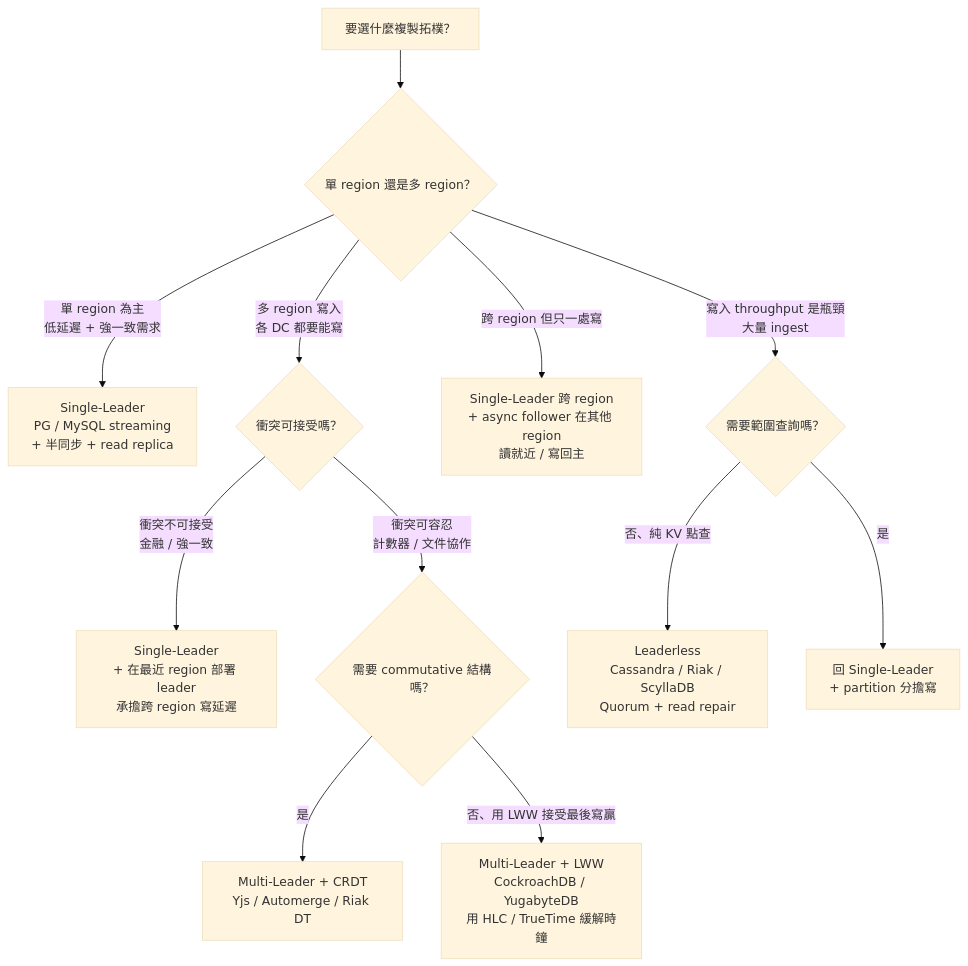
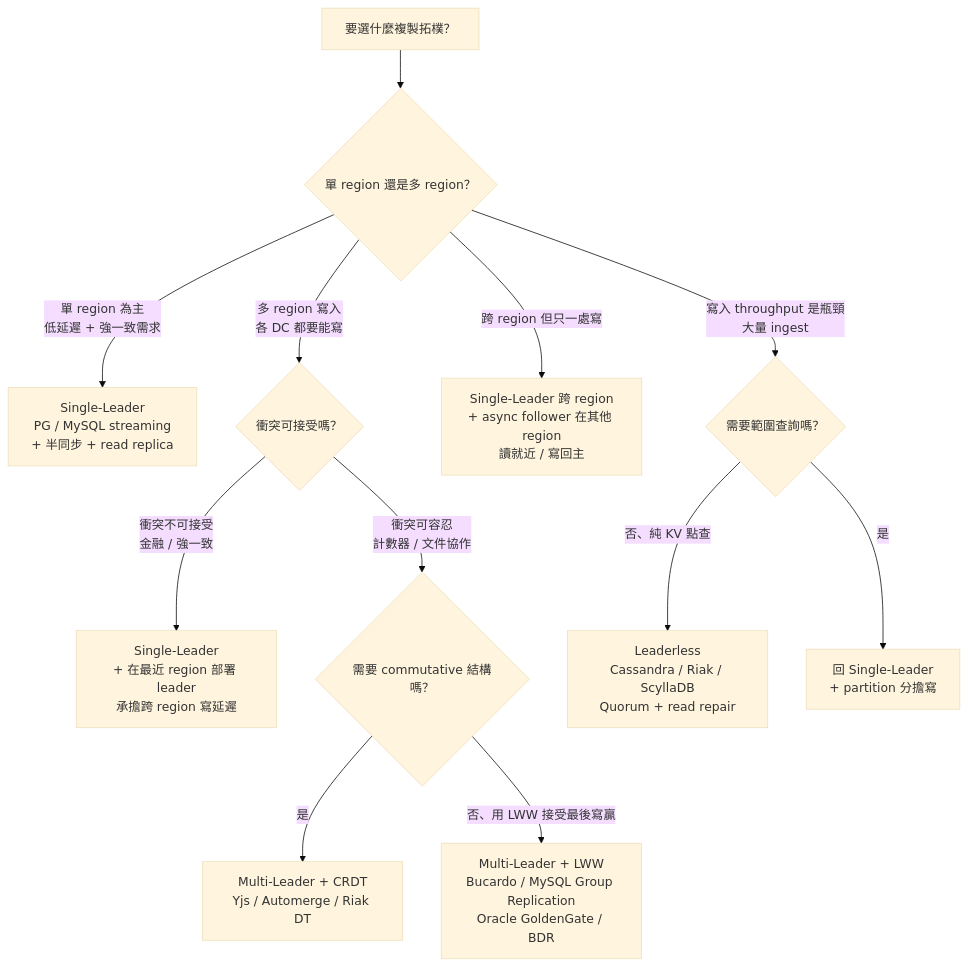
Before and after one commit to maplestartend/ddia-zh: the second of 2 diagrams in docs/part-2/ch05-replication.md, drawn with Mermaid (base theme). The commit also changed other lines of this file and 32 other files, not shown here.

````diff
--- a/docs/part-2/ch05-replication.md
+++ b/docs/part-2/ch05-replication.md
@@ -198,17 +202,17 @@
 ```mermaid
 graph TD
     Start[要選什麼複製拓樸？] --> Q1{單 region 還是多 region？}
 
     Q1 -- 單 region 為主<br/>低延遲 + 強一致需求 --> SL[Single-Leader<br/>PG / MySQL streaming<br/>+ 半同步 + read replica]
     Q1 -- 多 region 寫入<br/>各 DC 都要能寫 --> Q2{衝突可接受嗎？}
     Q1 -- 跨 region 但只一處寫 --> SL2[Single-Leader 跨 region<br/>+ async follower 在其他 region<br/>讀就近 / 寫回主]
 
     Q2 -- 衝突不可接受<br/>金融 / 強一致 --> SLgeo[Single-Leader<br/>+ 在最近 region 部署 leader<br/>承擔跨 region 寫延遲]
     Q2 -- 衝突可容忍<br/>計數器 / 文件協作 --> Q3{需要 commutative 結構嗎？}
     Q3 -- 是 --> CRDT[Multi-Leader + CRDT<br/>Yjs / Automerge / Riak DT]
-    Q3 -- 否、用 LWW 接受最後寫贏 --> ML[Multi-Leader + LWW<br/>CockroachDB / YugabyteDB<br/>用 HLC / TrueTime 緩解時鐘]
+    Q3 -- 否、用 LWW 接受最後寫贏 --> ML[Multi-Leader + LWW<br/>Bucardo / MySQL Group Replication<br/>Oracle GoldenGate / BDR]
 
     Q1 -- 寫入 throughput 是瓶頸<br/>大量 ingest --> Lless{需要範圍查詢嗎？}
     Lless -- 否、純 KV 點查 --> DynamoLike[Leaderless<br/>Cassandra / Riak / ScyllaDB<br/>Quorum + read repair]
     Lless -- 是 --> SL3[回 Single-Leader<br/>+ partition 分擔寫]
 ```
````
